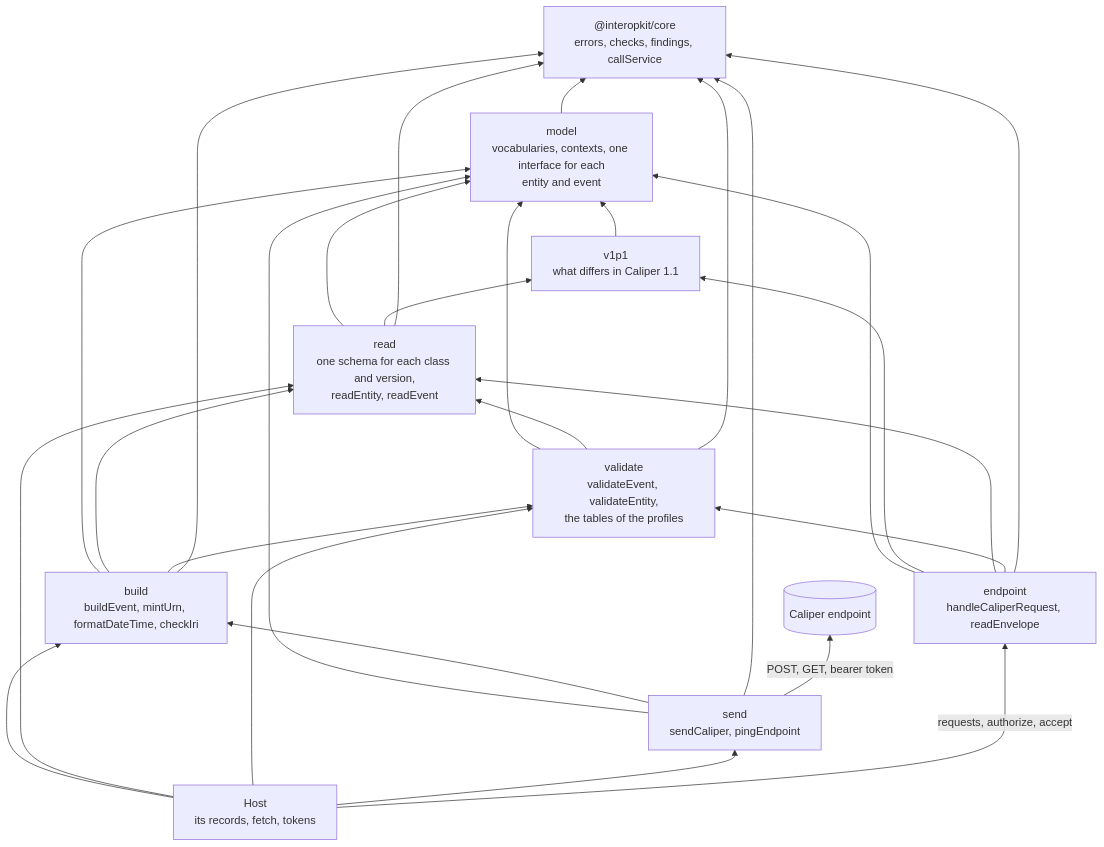
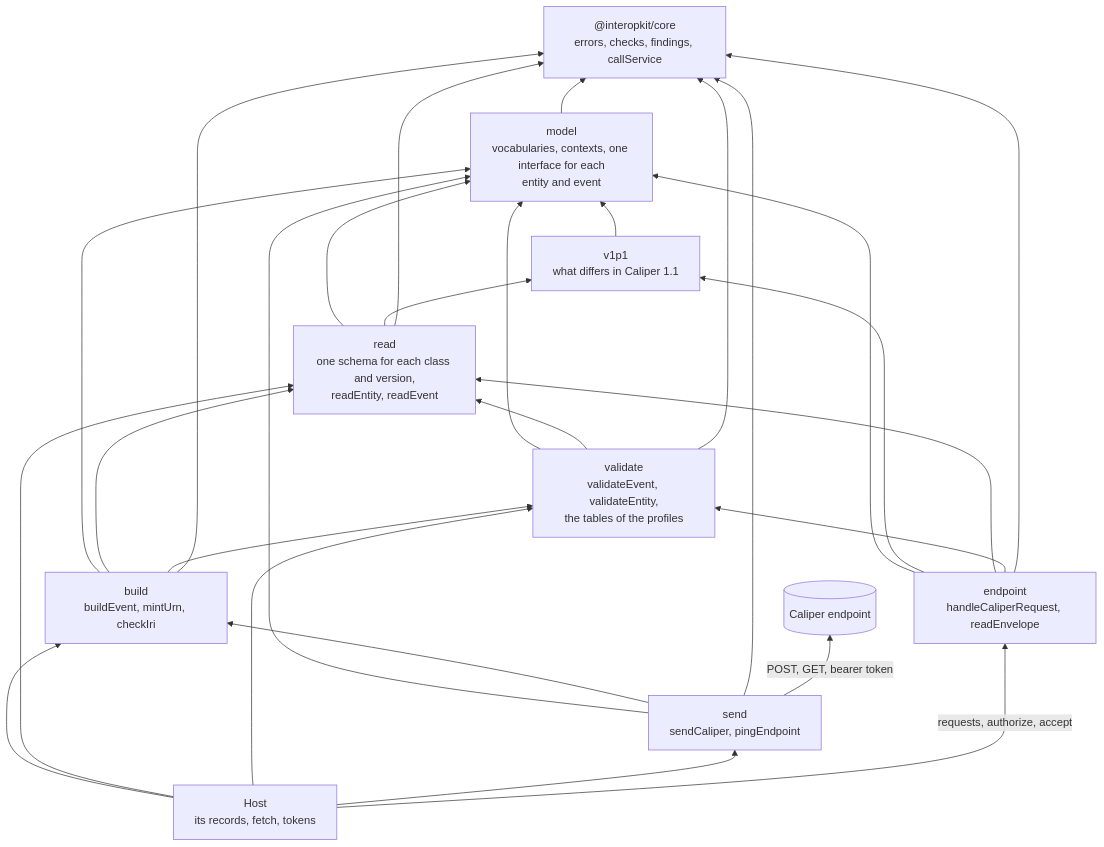
The diagram in docs/learning-analytics/architecture.md (interopkit/interopkit), drawn with Mermaid before and after one commit. The commit also changed other lines of this file and 140 other files, not shown here.

````diff
--- a/docs/learning-analytics/architecture.md
+++ b/docs/learning-analytics/architecture.md
@@ -8,37 +8,37 @@
 ```mermaid
 flowchart BT
   core["@interopkit/core<br/>errors, checks, findings, callService"]
   model["model<br/>vocabularies, contexts, one interface for each<br/>entity and event"]
   v11["v1p1<br/>what differs in Caliper 1.1"]
   read["read<br/>one schema for each class and version,<br/>readEntity, readEvent"]
   validate["validate<br/>validateEvent, validateEntity,<br/>the tables of the profiles"]
-  build["build<br/>buildEvent, mintUrn, formatDateTime, checkIri"]
+  build["build<br/>buildEvent, mintUrn, checkIri"]
   send["send<br/>sendCaliper, pingEndpoint"]
   endpointNode["endpoint<br/>handleCaliperRequest, readEnvelope"]
   v11 --> model
   read --> model
   read --> v11
   validate --> model
   validate --> read
   build --> model
   build --> read
   build --> validate
   send --> model
   send --> build
   endpointNode --> model
   endpointNode --> v11
   endpointNode --> read
   endpointNode --> validate
   model --> core
   read --> core
   validate --> core
   build --> core
   send --> core
   endpointNode --> core
   host["Host<br/>its records, fetch, tokens"] --> build
   host --> read
   host --> validate
   host --> send
   host -->|"requests, authorize, accept"| endpointNode
   send -->|"POST, GET, bearer token"| wire[("Caliper endpoint")]
 ```
````
